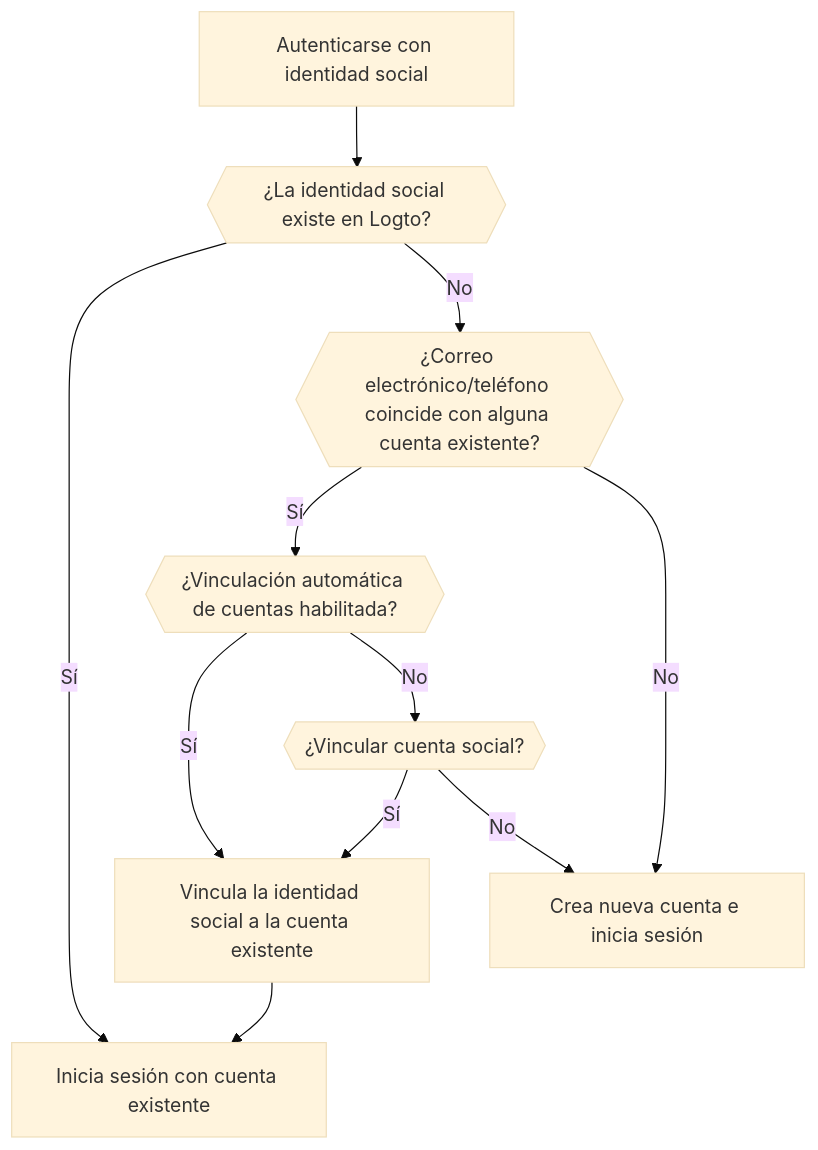
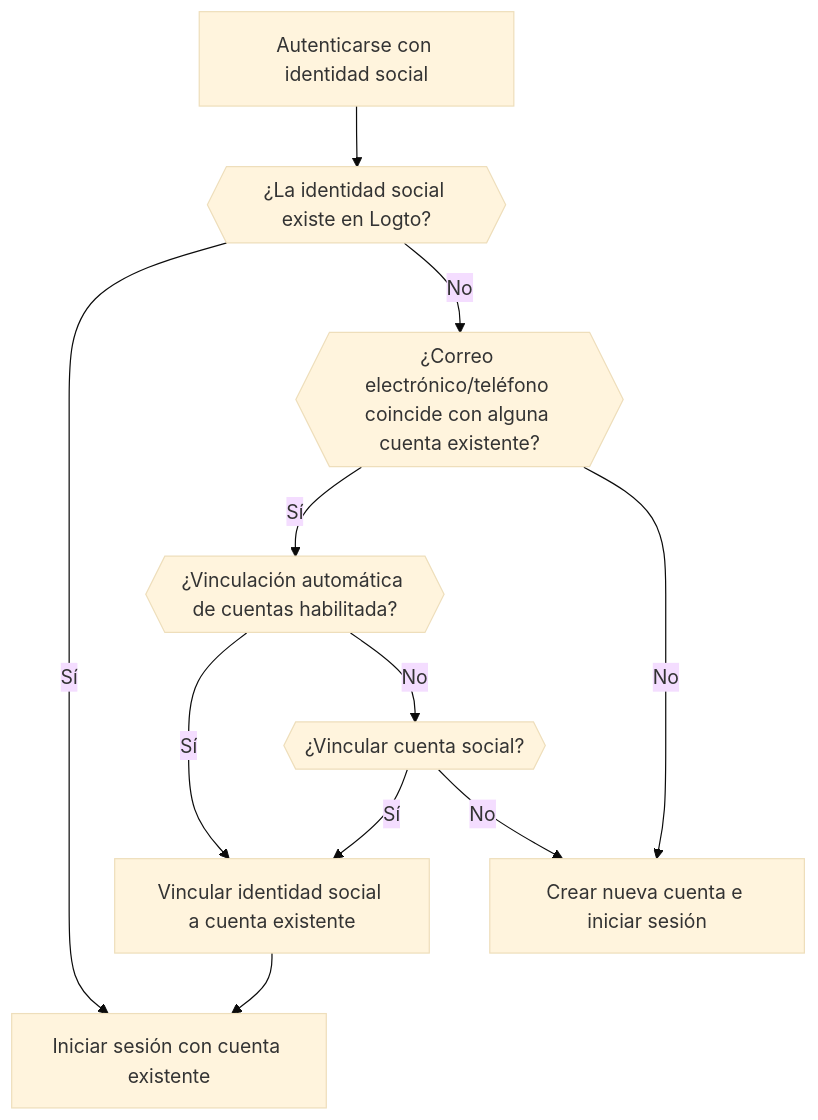
The second of 6 diagrams in i18n/es/docusaurus-plugin-content-docs/current/end-user-flows/sign-up-and-sign-in/social-sign-in.mdx (logto-io/docs), drawn with Mermaid (base theme) before and after one commit. The commit also changed other lines of this file and 666 other files, not shown here.

````diff
--- a/i18n/es/docusaurus-plugin-content-docs/current/end-user-flows/sign-up-and-sign-in/social-sign-in.mdx
+++ b/i18n/es/docusaurus-plugin-content-docs/current/end-user-flows/sign-up-and-sign-in/social-sign-in.mdx
@@ -80,13 +80,13 @@
     ```mermaid
     flowchart TD
     A[Autenticarse con identidad social] --> B{{¿La identidad social existe en Logto?}}
-    B -- Sí --> C[Inicia sesión con cuenta existente]
+    B -- Sí --> C[Iniciar sesión con cuenta existente]
     B -- No --> D{{¿Correo electrónico/teléfono coincide con alguna cuenta existente?}}
     D -- Sí --> E{{¿Vinculación automática de cuentas habilitada?}}
-    E -- Sí --> G[Vincula la identidad social a la cuenta existente]
+    E -- Sí --> G[Vincular identidad social a cuenta existente]
     G --> C
-    D -- No --> H[Crea nueva cuenta e inicia sesión]
+    D -- No --> H[Crear nueva cuenta e iniciar sesión]
     E -- No --> I{{¿Vincular cuenta social?}}
     I -- Sí --> G
     I -- No --> H
     ```
````
